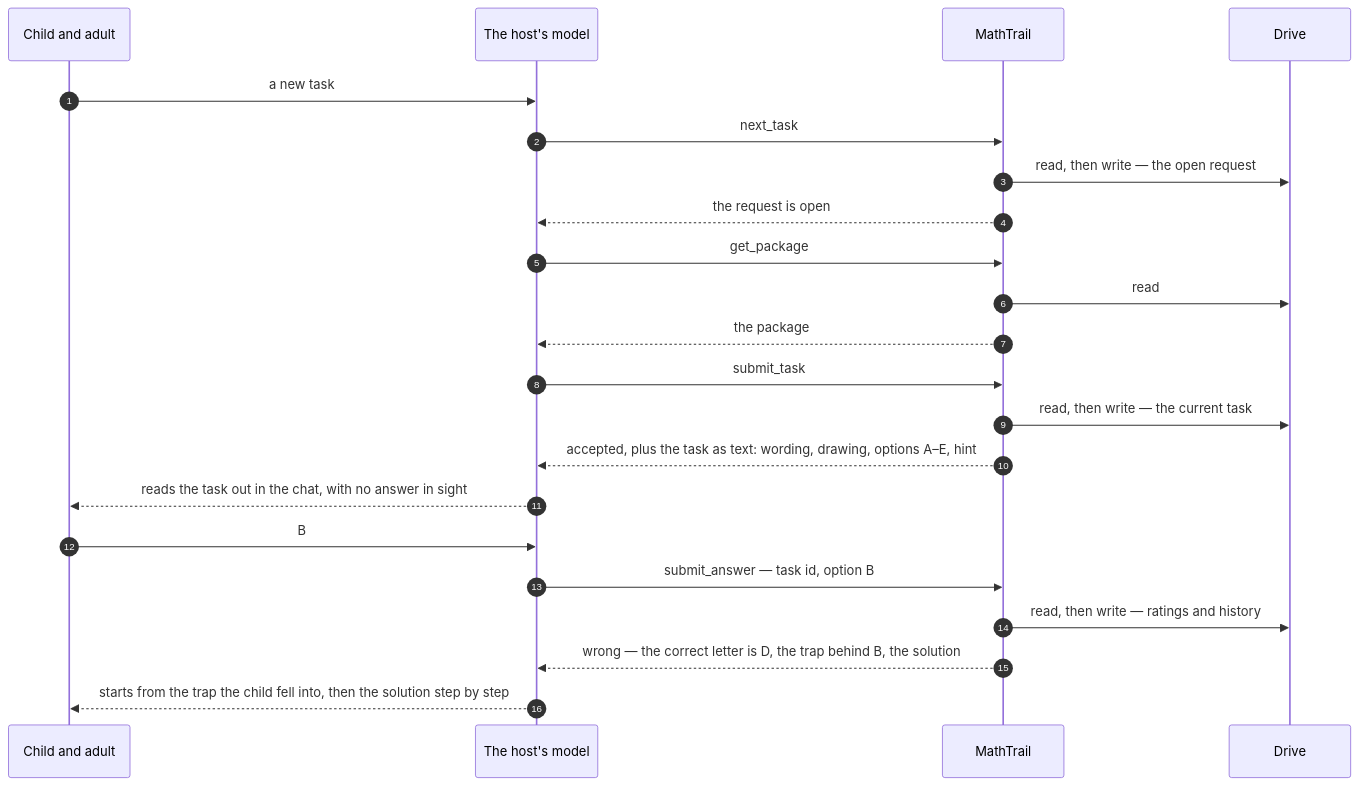
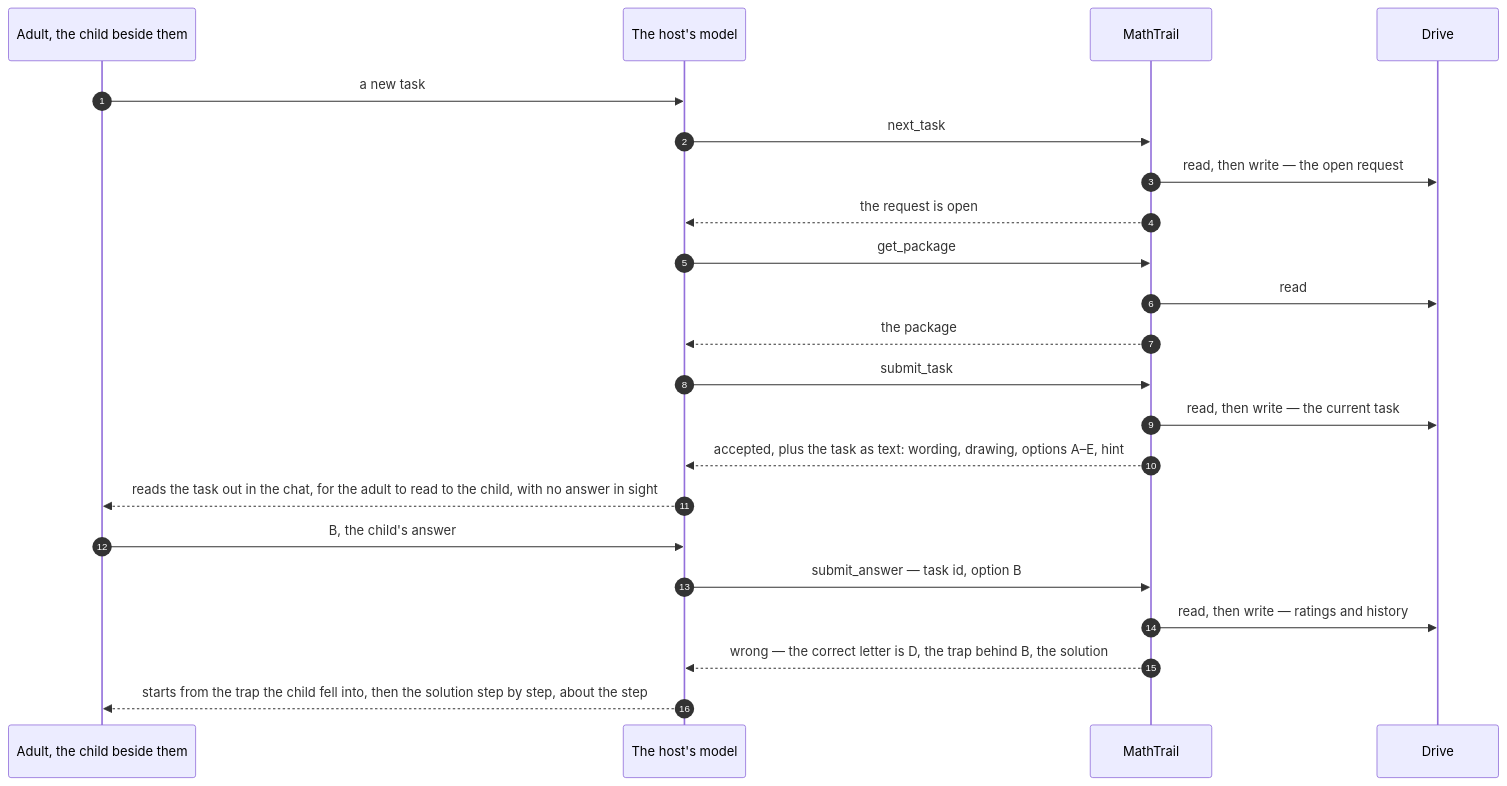
One commit to MathTrail/mathtrail-standalone changed the fourth of 8 diagrams in docs/architecture/03-flows.md. Above: the diagram before and after it, drawn with Mermaid. The commit also changed other lines of this file and 162 other files, not shown here.

````diff
--- a/docs/architecture/03-flows.md
+++ b/docs/architecture/03-flows.md
@@ -164,25 +164,25 @@
 ```mermaid
 sequenceDiagram
     autonumber
-    participant K as Child and adult
+    participant A as Adult, the child beside them
     participant M as The host's model
     participant MT as MathTrail
     participant D as Drive
 
-    K->>M: a new task
+    A->>M: a new task
     M->>MT: next_task
     MT->>D: read, then write — the open request
     MT-->>M: the request is open
     M->>MT: get_package
     MT->>D: read
     MT-->>M: the package
     M->>MT: submit_task
     MT->>D: read, then write — the current task
     MT-->>M: accepted, plus the task as text: wording, drawing, options A–E, hint
-    M-->>K: reads the task out in the chat, with no answer in sight
-    K->>M: B
+    M-->>A: reads the task out in the chat, for the adult to read to the child, with no answer in sight
+    A->>M: B, the child's answer
     M->>MT: submit_answer — task id, option B
     MT->>D: read, then write — ratings and history
     MT-->>M: wrong — the correct letter is D, the trap behind B, the solution
-    M-->>K: starts from the trap the child fell into, then the solution step by step
+    M-->>A: starts from the trap the child fell into, then the solution step by step, about the step
 ```
````
